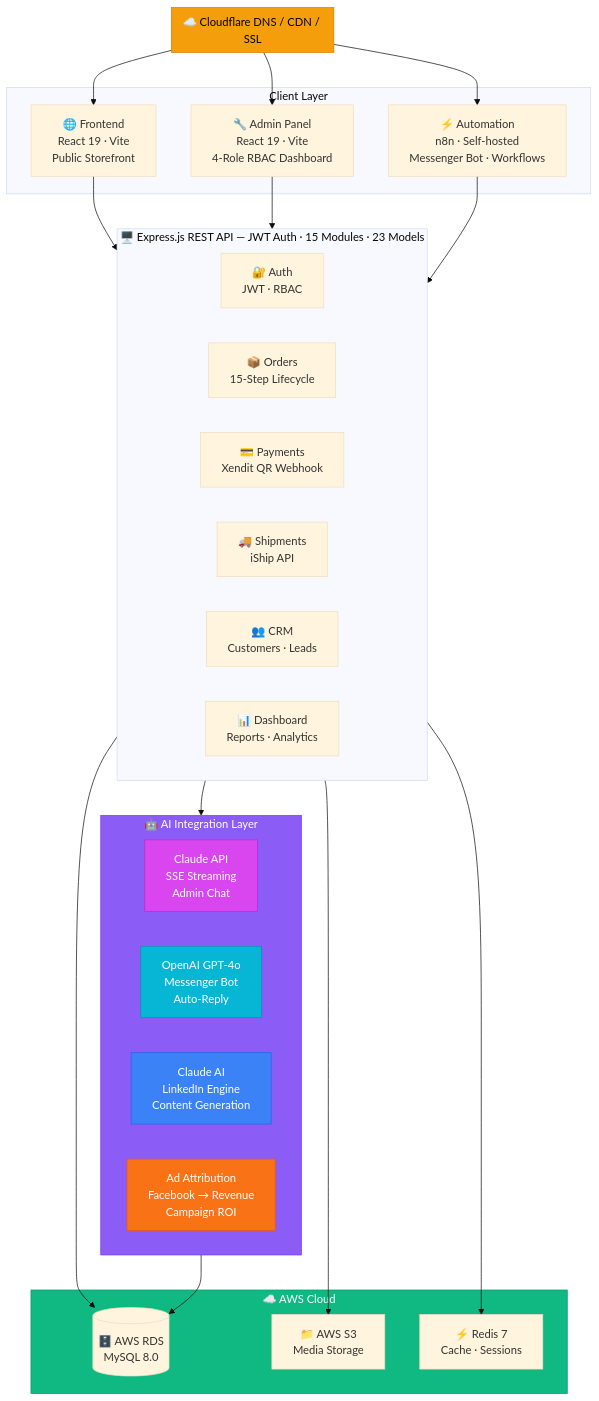
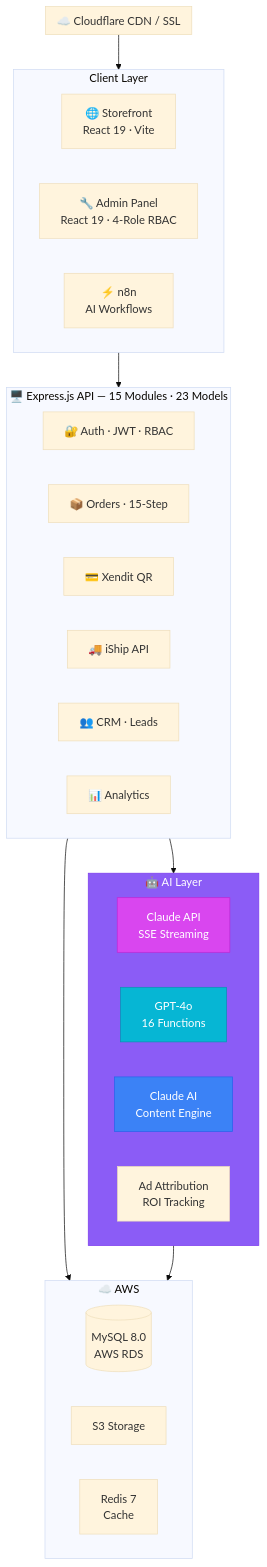
The first of 2 diagrams in README.md (chananpr/hatcleanfix), drawn with Mermaid (base theme) before and after one commit. The commit also changed other lines of this file, not shown here.

````diff
--- a/README.md
+++ b/README.md
@@ -17,47 +92,44 @@
 ```mermaid
 graph TB
-    subgraph CDN["☁️ Cloudflare DNS / CDN / SSL"]
+    subgraph CDN["☁️ Cloudflare CDN / SSL"]
     end
 
     subgraph Clients["Client Layer"]
-        FE["🌐 Frontend<br/>React 19 · Vite<br/>Public Storefront"]
-        ADMIN["🔧 Admin Panel<br/>React 19 · Vite<br/>4-Role RBAC Dashboard"]
-        N8N["⚡ Automation<br/>n8n · Self-hosted<br/>Messenger Bot · Workflows"]
+        FE["🌐 Storefront<br/>React 19 · Vite"]
+        ADMIN["🔧 Admin Panel<br/>React 19 · 4-Role RBAC"]
+        N8N["⚡ n8n<br/>AI Workflows"]
     end
 
-    subgraph API["🖥️ Express.js REST API — JWT Auth · 15 Modules · 23 Models"]
-        AUTH["🔐 Auth<br/>JWT · RBAC"]
-        ORDERS["📦 Orders<br/>15-Step Lifecycle"]
-        PAY["💳 Payments<br/>Xendit QR Webhook"]
-        SHIP["🚚 Shipments<br/>iShip API"]
-        CRM["👥 CRM<br/>Customers · Leads"]
-        DASH["📊 Dashboard<br/>Reports · Analytics"]
+    subgraph API["🖥️ Express.js API — 15 Modules · 23 Models"]
+        AUTH["🔐 Auth · JWT · RBAC"]
+        ORDERS["📦 Orders · 15-Step"]
+        PAY["💳 Xendit QR"]
+        SHIP["🚚 iShip API"]
+        CRM["👥 CRM · Leads"]
+        DASH["📊 Analytics"]
     end
 
-    subgraph AI["🤖 AI Integration Layer"]
-        CLAUDE["Claude API<br/>SSE Streaming<br/>Admin Chat"]
-        GPT["OpenAI GPT-4o<br/>Messenger Bot<br/>Auto-Reply"]
-        LINKEDIN["Claude AI<br/>LinkedIn Engine<br/>Content Generation"]
-        ATTR["Ad Attribution<br/>Facebook → Revenue<br/>Campaign ROI"]
+    subgraph AI["🤖 AI Layer"]
+        CLAUDE["Claude API<br/>SSE Streaming"]
+        GPT["GPT-4o<br/>16 Functions"]
+        LINKEDIN["Claude AI<br/>Content Engine"]
+        ATTR["Ad Attribution<br/>ROI Tracking"]
     end
 
-    subgraph Data["☁️ AWS Cloud"]
-        RDS[("🗄️ AWS RDS<br/>MySQL 8.0")]
-        S3["📁 AWS S3<br/>Media Storage"]
-        REDIS["⚡ Redis 7<br/>Cache · Sessions"]
+    subgraph Cloud["☁️ AWS"]
+        RDS[("MySQL 8.0<br/>AWS RDS")]
+        S3["S3 Storage"]
+        REDIS["Redis 7<br/>Cache"]
     end
 
-    CDN --> FE & ADMIN & N8N
-    FE & ADMIN & N8N --> API
+    CDN --> Clients
+    Clients --> API
     API --> AI
-    API --> RDS & S3 & REDIS
-    AI --> RDS
+    API --> Cloud
+    AI --> Cloud
 
-    style CDN fill:#f59e0b,stroke:#d97706,color:#000
     style AI fill:#8b5cf6,stroke:#7c3aed,color:#fff
-    style Data fill:#10b981,stroke:#059669,color:#fff
     style CLAUDE fill:#d946ef,stroke:#c026d3,color:#fff
     style GPT fill:#06b6d4,stroke:#0891b2,color:#fff
     style LINKEDIN fill:#3b82f6,stroke:#2563eb,color:#fff
-    style ATTR fill:#f97316,stroke:#ea580c,color:#fff
 ```
````
